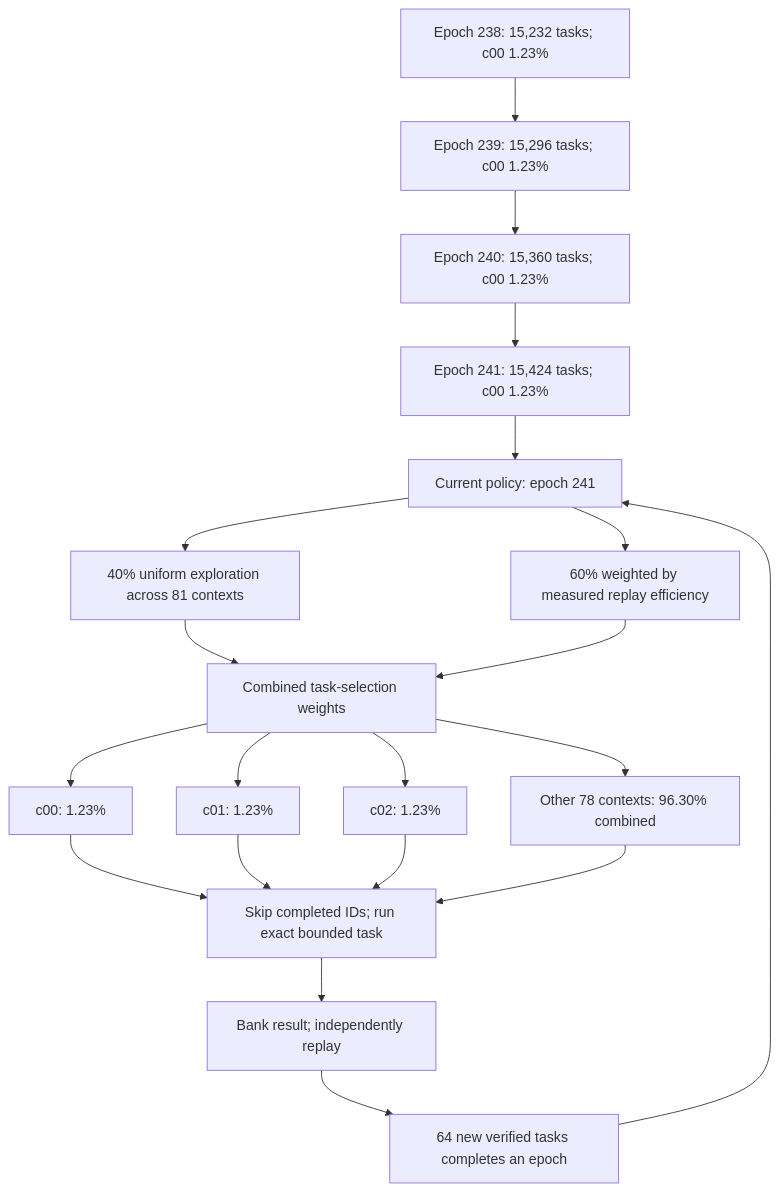
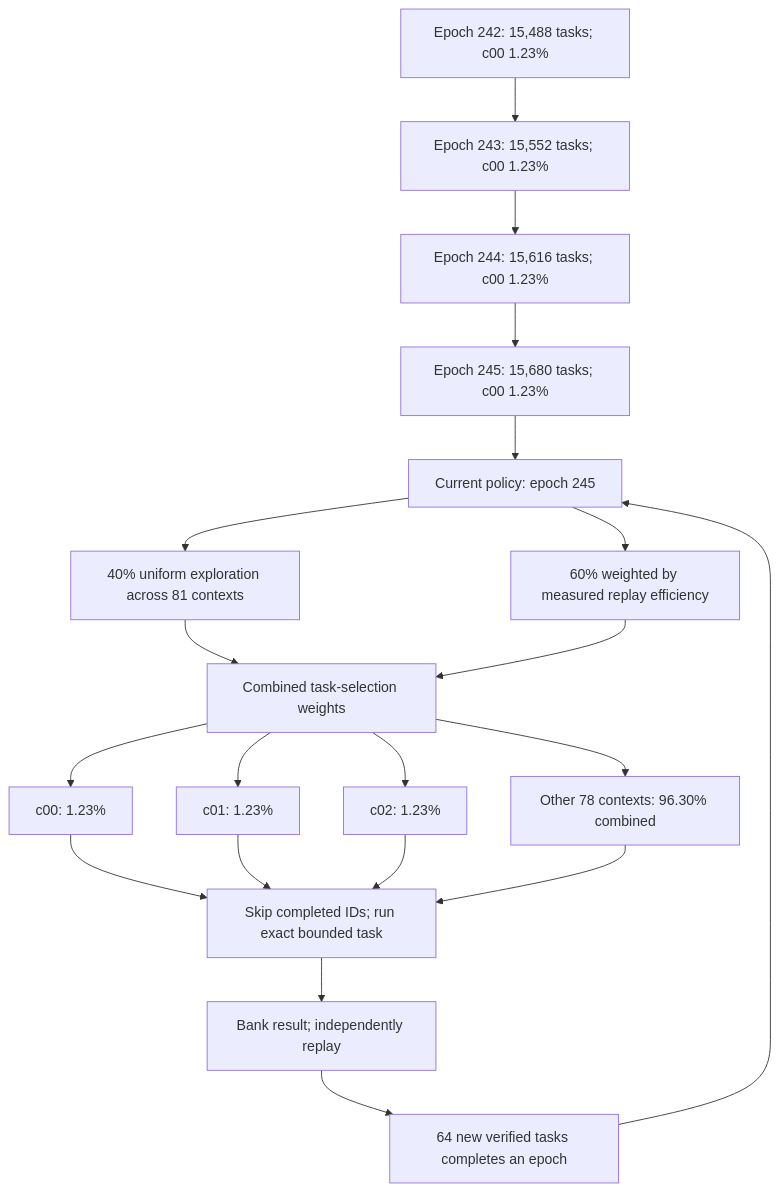
One commit to Kuberwastaken/math-gambling changed the diagram in README.md. Above: the diagram before and after it, drawn with Mermaid. The commit also changed other lines of this file and 592 other files, not shown here.

````diff
--- a/README.md
+++ b/README.md
@@ -49,27 +49,27 @@
 ```mermaid
 flowchart TD
-    H0["Epoch 238: 15,232 tasks; c00 1.23%"]
-    H1["Epoch 239: 15,296 tasks; c00 1.23%"]
+    H0["Epoch 242: 15,488 tasks; c00 1.23%"]
+    H1["Epoch 243: 15,552 tasks; c00 1.23%"]
     H0 --> H1
-    H2["Epoch 240: 15,360 tasks; c00 1.23%"]
+    H2["Epoch 244: 15,616 tasks; c00 1.23%"]
     H1 --> H2
-    H3["Epoch 241: 15,424 tasks; c00 1.23%"]
+    H3["Epoch 245: 15,680 tasks; c00 1.23%"]
     H2 --> H3
-    Policy["Current policy: epoch 241"]
+    Policy["Current policy: epoch 245"]
     H3 --> Policy
     Policy --> Explore["40% uniform exploration across 81 contexts"]
     Policy --> Cost["60% weighted by measured replay efficiency"]
     Explore --> Mix["Combined task-selection weights"]
     Cost --> Mix
     Mix --> C0["c00: 1.23%"]
     Mix --> C1["c01: 1.23%"]
     Mix --> C2["c02: 1.23%"]
     Mix --> Rest["Other 78 contexts: 96.30% combined"]
     C0 --> Check["Skip completed IDs; run exact bounded task"]
     C1 --> Check
     C2 --> Check
     Rest --> Check
     Check --> Replay["Bank result; independently replay"]
     Replay --> Gate["64 new verified tasks completes an epoch"]
     Gate --> Policy
 ```
````
